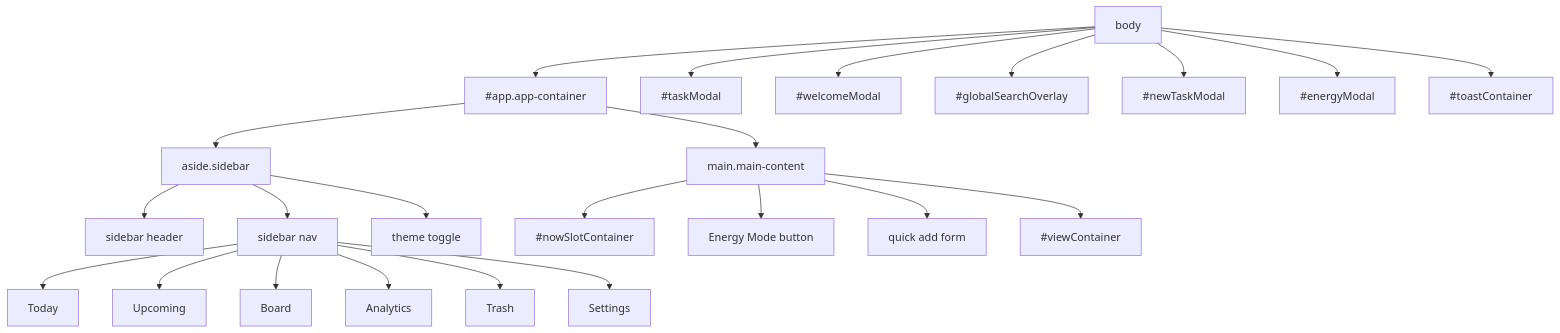
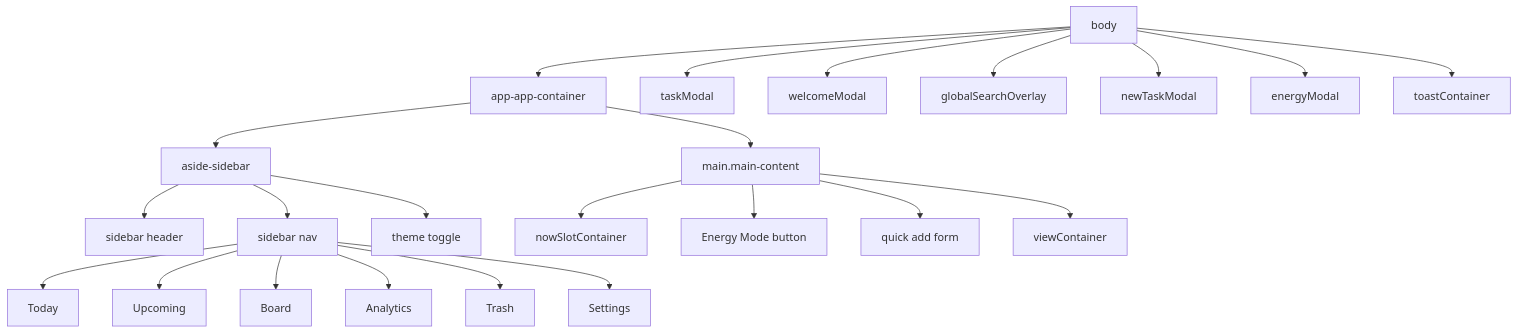
Diagram 27 of 43 in README.md (zxcvryo/Oops-Later-Codebase), drawn with Mermaid before and after one commit. The commit also changed other lines of this file, not shown here.

````diff
--- a/README.md
+++ b/README.md
@@ -5699,25 +5699,25 @@
 ```mermaid
 flowchart TD
-    A["body"] --> B["#app.app-container"]
-    B --> C["aside.sidebar"]
+    A["body"] --> B["app-app-container"]
+    B --> C["aside-sidebar"]
     B --> D["main.main-content"]
     C --> C1["sidebar header"]
     C --> C2["sidebar nav"]
     C2 --> C21["Today"]
     C2 --> C22["Upcoming"]
     C2 --> C23["Board"]
     C2 --> C24["Analytics"]
     C2 --> C25["Trash"]
     C2 --> C26["Settings"]
     C --> C3["theme toggle"]
-    D --> D1["#nowSlotContainer"]
+    D --> D1["nowSlotContainer"]
     D --> D2["Energy Mode button"]
     D --> D3["quick add form"]
-    D --> D4["#viewContainer"]
-    A --> E["#taskModal"]
-    A --> F["#welcomeModal"]
-    A --> G["#globalSearchOverlay"]
-    A --> H["#newTaskModal"]
-    A --> I["#energyModal"]
-    A --> J["#toastContainer"]
+    D --> D4["viewContainer"]
+    A --> E["taskModal"]
+    A --> F["welcomeModal"]
+    A --> G["globalSearchOverlay"]
+    A --> H["newTaskModal"]
+    A --> I["energyModal"]
+    A --> J["toastContainer"]
 ```
````
